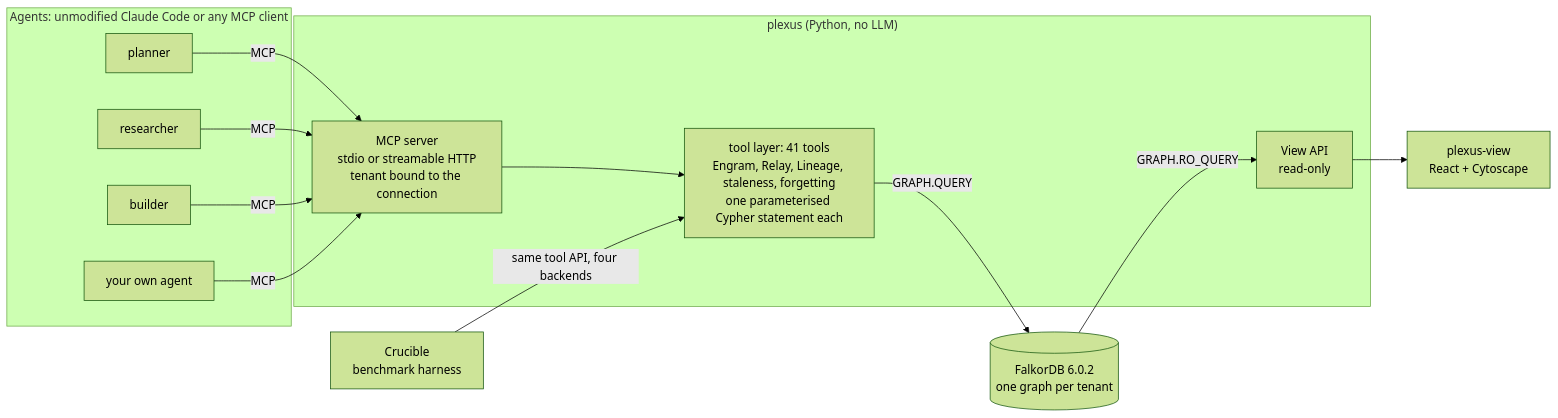
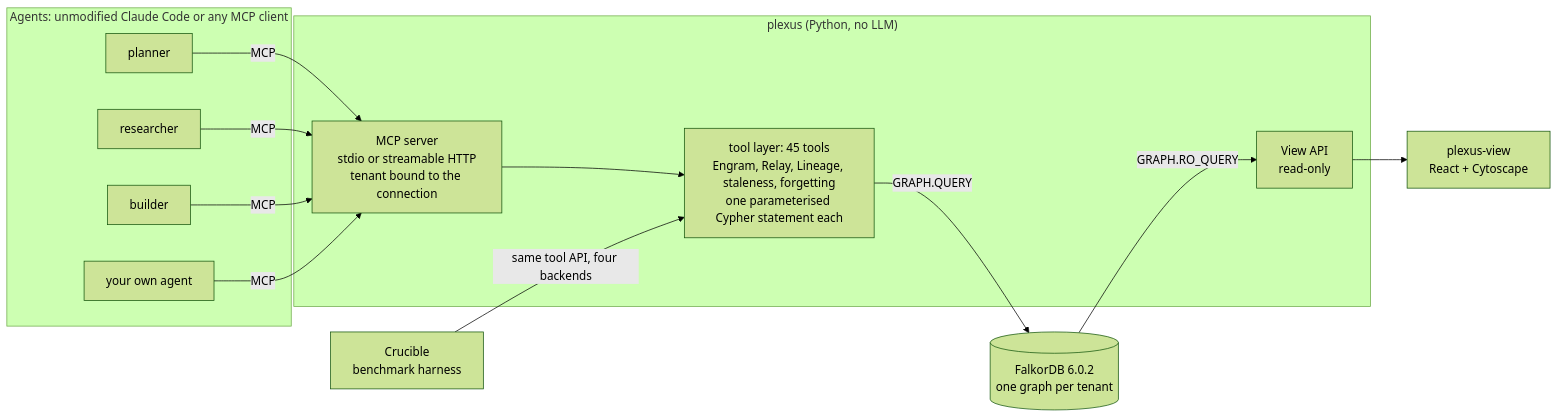
One commit to Suprim006/knewat changed the first of 2 diagrams in README.md. Above: the diagram before and after it, drawn with Mermaid (forest theme). The commit also changed other lines of this file and 9 other files, not shown here.

````diff
--- a/README.md
+++ b/README.md
@@ -101,23 +101,23 @@
 ```mermaid
 flowchart LR
     subgraph agents["Agents: unmodified Claude Code or any MCP client"]
         A1["planner"]
         A2["researcher"]
         A3["builder"]
         A4["your own agent"]
     end
     subgraph plexus["plexus (Python, no LLM)"]
         MCP["MCP server<br/>stdio or streamable HTTP<br/>tenant bound to the connection"]
-        TOOLS["tool layer: 41 tools<br/>Engram, Relay, Lineage, staleness, forgetting<br/>one parameterised Cypher statement each"]
+        TOOLS["tool layer: 45 tools<br/>Engram, Relay, Lineage, staleness, forgetting<br/>one parameterised Cypher statement each"]
         API["View API<br/>read-only"]
     end
     DB[("FalkorDB 6.0.2<br/>one graph per tenant")]
     VIEW["plexus-view<br/>React + Cytoscape"]
     CRU["Crucible<br/>benchmark harness"]
     A1 & A2 & A3 & A4 -->|"MCP"| MCP
     MCP --> TOOLS
     TOOLS -->|"GRAPH.QUERY"| DB
     DB -->|"GRAPH.RO_QUERY"| API
     API --> VIEW
     CRU -->|"same tool API, four backends"| TOOLS
 ```
````
